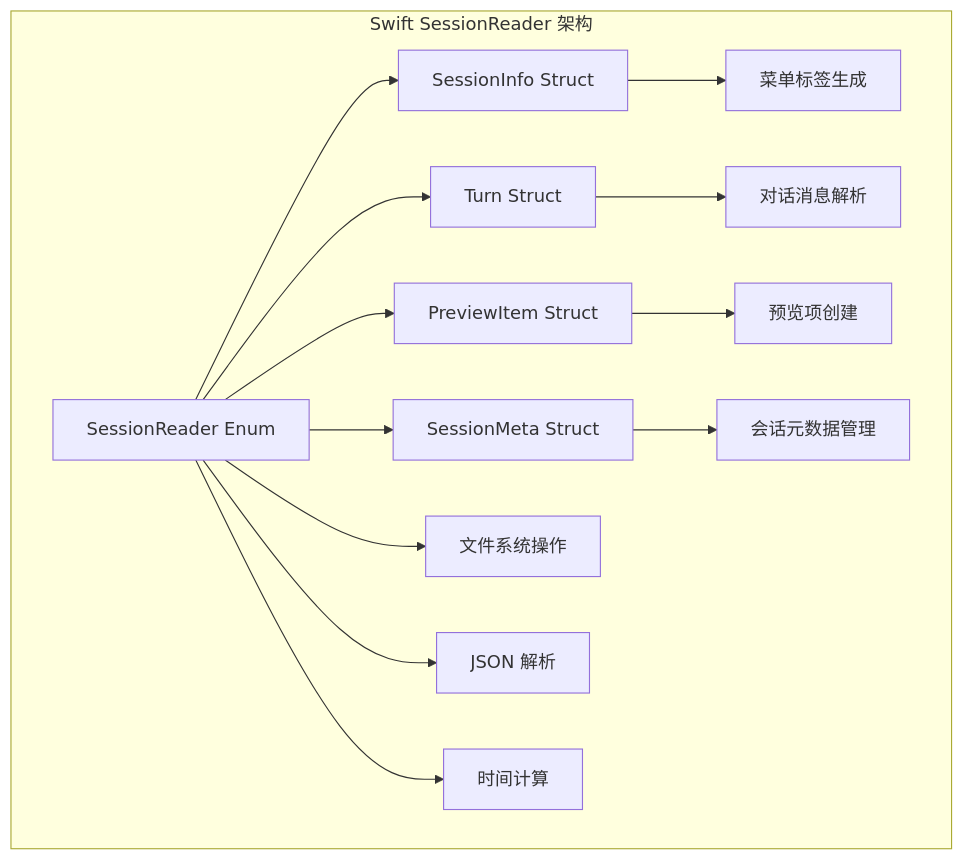
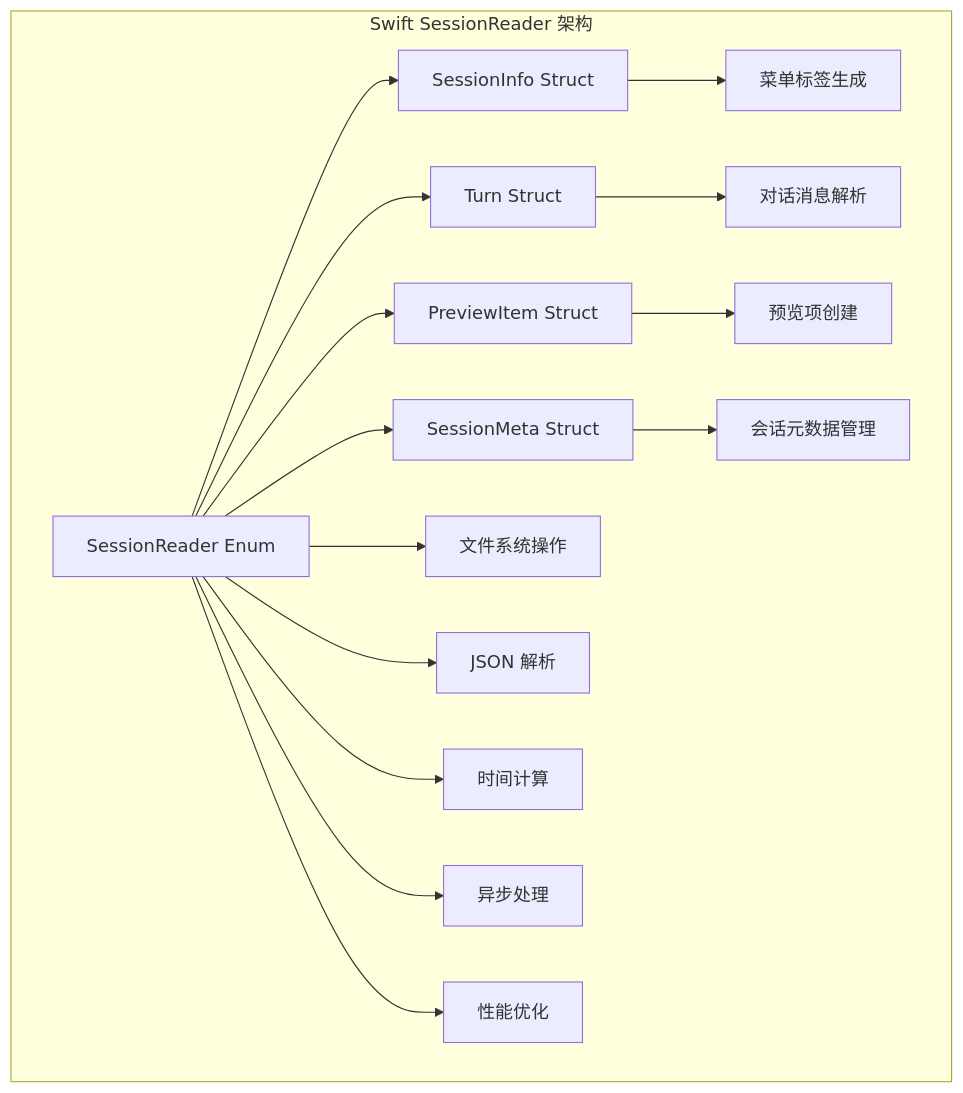
Before and after one commit to WyRainBow/PromptCocoPilot: diagram 15 of 22 in .qoder/repowiki/zh/content/核心架构/会话管理系统.md, drawn with Mermaid. The commit also changed other lines of this file and 57 other files, not shown here.

````diff
--- a/.qoder/repowiki/zh/content/核心架构/会话管理系统.md
+++ b/.qoder/repowiki/zh/content/核心架构/会话管理系统.md
@@ -479,16 +717,18 @@
 ```mermaid
 graph TB
 subgraph "Swift SessionReader 架构"
 A[SessionReader Enum] --> B[SessionInfo Struct]
 A --> C[Turn Struct]
 A --> D[PreviewItem Struct]
 A --> E[SessionMeta Struct]
 B --> F[菜单标签生成]
 C --> G[对话消息解析]
 D --> H[预览项创建]
 E --> I[会话元数据管理]
 A --> J[文件系统操作]
 A --> K[JSON 解析]
 A --> L[时间计算]
+A --> M[异步处理]
+A --> N[性能优化]
 end
 ```
````
